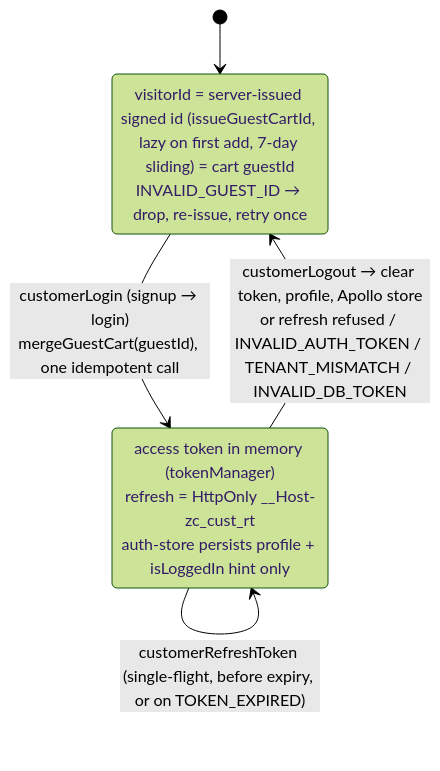
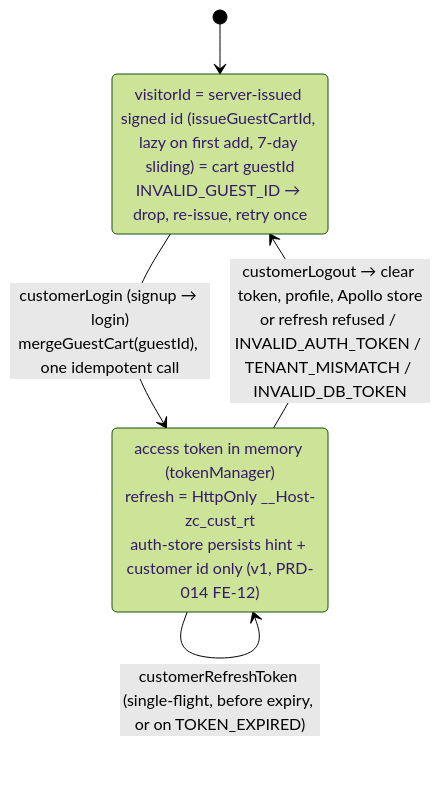
One commit to Zerror-Studios/deveshe changed the fourth of 6 diagrams in docs/architecture/solution-architecture.md. Above: the diagram before and after it, drawn with Mermaid (forest theme). The commit also changed other lines of this file and 70 other files, not shown here.

````diff
--- a/docs/architecture/solution-architecture.md
+++ b/docs/architecture/solution-architecture.md
@@ -73,9 +75,9 @@
 ```mermaid
 stateDiagram-v2
     [*] --> Guest
     Guest: visitorId = server-issued signed id (issueGuestCartId, lazy on first add, 7-day sliding) = cart guestId<br/>INVALID_GUEST_ID → drop, re-issue, retry once
     Guest --> Authenticated: customerLogin (signup → login)<br/>mergeGuestCart(guestId), one idempotent call
-    Authenticated: access token in memory (tokenManager)<br/>refresh = HttpOnly __Host-zc_cust_rt<br/>auth-store persists profile + isLoggedIn hint only
+    Authenticated: access token in memory (tokenManager)<br/>refresh = HttpOnly __Host-zc_cust_rt<br/>auth-store persists hint + customer id only (v1, PRD-014 FE-12)
     Authenticated --> Authenticated: customerRefreshToken (single-flight, before expiry, or on TOKEN_EXPIRED)
     Authenticated --> Guest: customerLogout → clear token, profile, Apollo store<br/>or refresh refused / INVALID_AUTH_TOKEN / TENANT_MISMATCH / INVALID_DB_TOKEN
 ```
````
